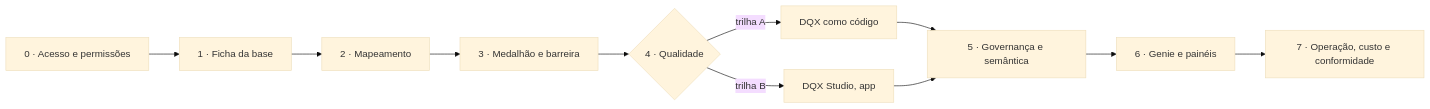
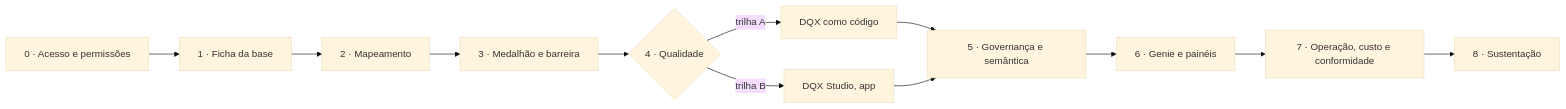
One commit to gustocezar/databricks_estudo changed the diagram in docs/06_GUIA_BASE_BRUTA.md. Above: the diagram before and after it, drawn with Mermaid (base theme). The commit also changed other lines of this file and 25 other files, not shown here.

````diff
--- a/docs/06_GUIA_BASE_BRUTA.md
+++ b/docs/06_GUIA_BASE_BRUTA.md
@@ -34,13 +34,14 @@
 ```mermaid
 flowchart LR
   E0[0 · Acesso e permissões] --> E1[1 · Ficha da base]
   E1 --> E2[2 · Mapeamento]
   E2 --> E3[3 · Medalhão e barreira]
   E3 --> E4{4 · Qualidade}
   E4 -- trilha A --> A[DQX como código]
   E4 -- trilha B --> B[DQX Studio, app]
   A --> E5[5 · Governança e semântica]
   B --> E5
   E5 --> E6[6 · Genie e painéis]
   E6 --> E7[7 · Operação, custo e conformidade]
+  E7 --> E8[8 · Sustentação]
 ```
````
